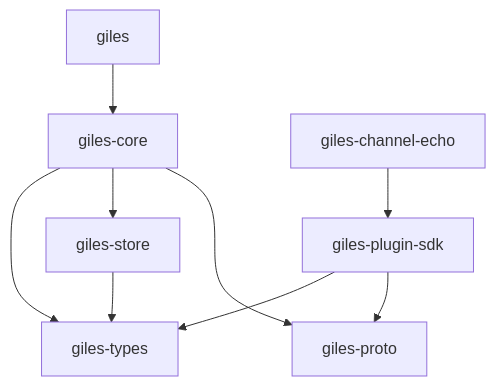
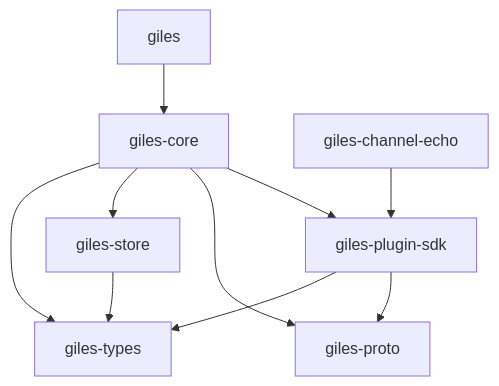
Before and after one commit to jennings/giles: the diagram in Docs/technical/workspace.md, drawn with Mermaid. The commit also changed other lines of this file and 19 other files, not shown here.

Commit message:
feat(core): RemoteChannel adapter: plugin channels registered and attached

````diff
--- a/Docs/technical/workspace.md
+++ b/Docs/technical/workspace.md
@@ -26,11 +26,12 @@
 ```mermaid
 flowchart TD
   giles --> core[giles-core]
   core --> types[giles-types]
   core --> store[giles-store]
   core --> proto[giles-proto]
-  sdk[giles-plugin-sdk] --> types
+  core --> sdk[giles-plugin-sdk]
+  sdk --> types
   sdk --> proto
   store --> types
   echo[giles-channel-echo] --> sdk
 ```
````
